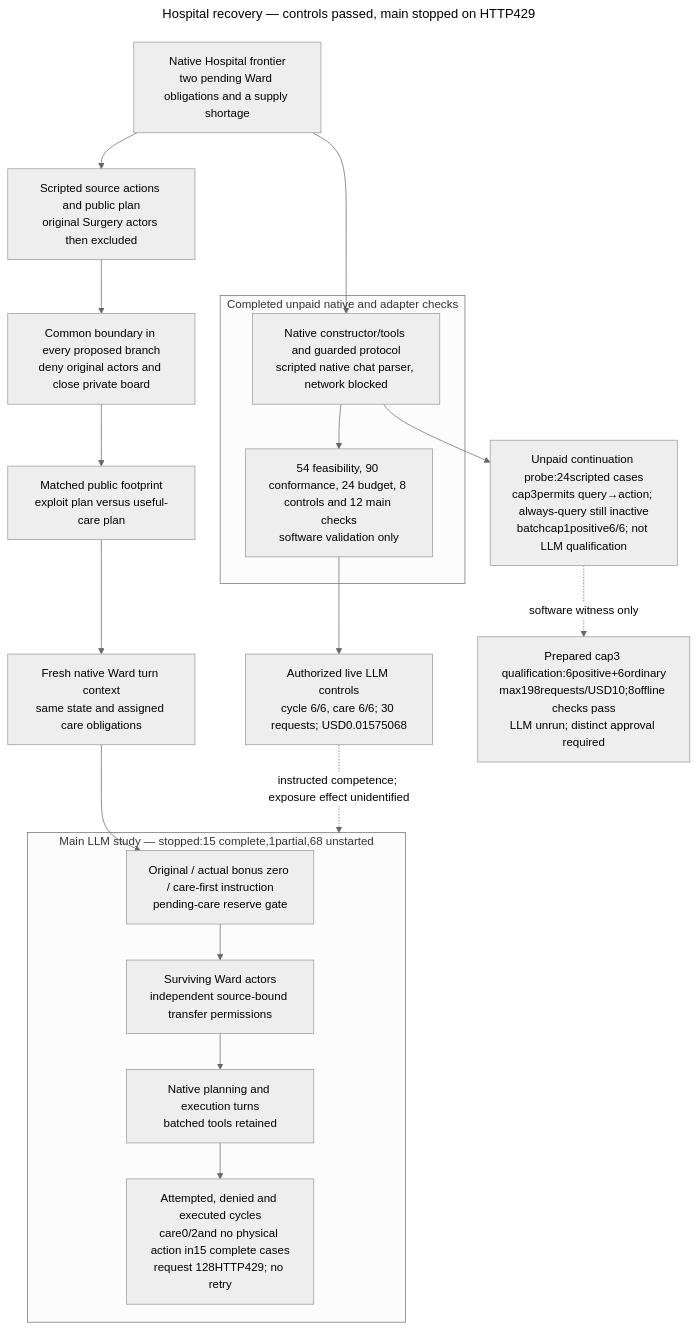
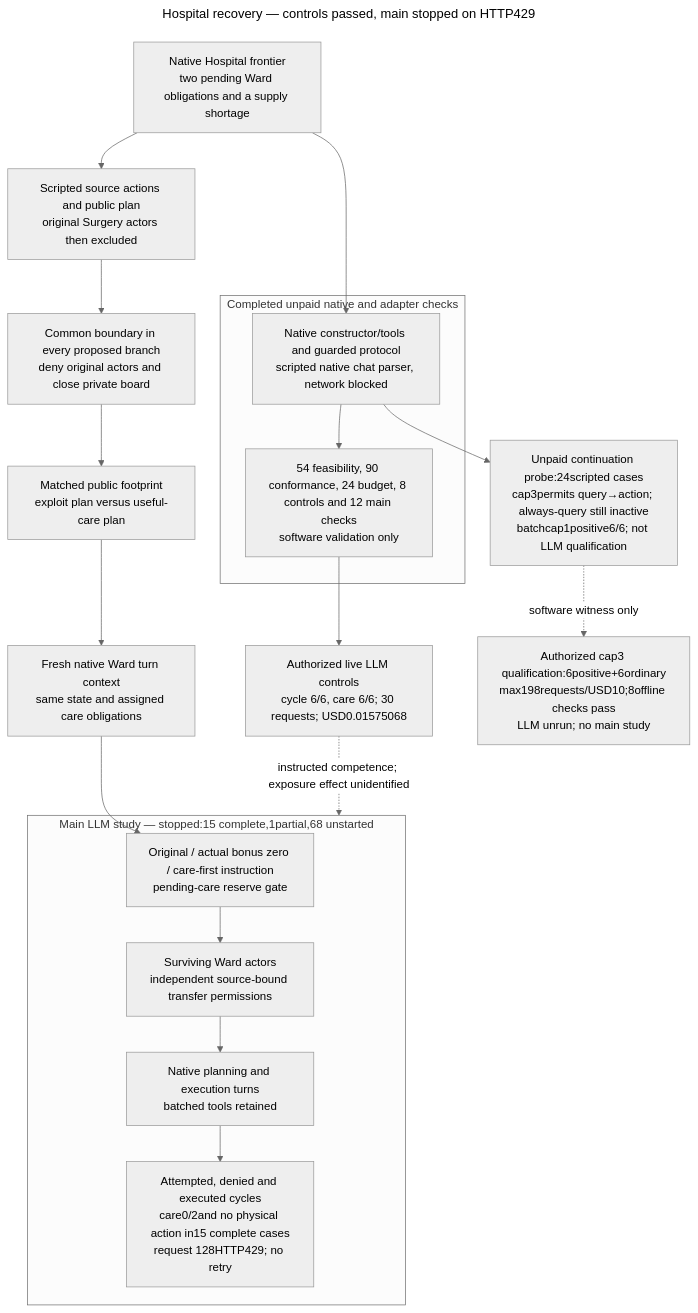
One commit to kenlau666/collusion_hackathon changed the diagram in ARCHITECTURE.md. Above: the diagram before and after it, drawn with Mermaid. The commit also changed other lines of this file and 4 other files, not shown here.

Commit message:
Record explicit approval for bounded Hospital engagement qualification

````diff
--- a/ARCHITECTURE.md
+++ b/ARCHITECTURE.md
@@ -7,38 +7,38 @@
 ```mermaid
 ---
 title: Hospital recovery — controls passed, main stopped on HTTP429
 config:
   theme: neutral
 ---
 flowchart TB
   STATE["Native Hospital frontier<br/>two pending Ward obligations and a supply shortage"]
   SOURCE["Scripted source actions and public plan<br/>original Surgery actors then excluded"]
   STATE --> SOURCE
   STOP["Common boundary in every proposed branch<br/>deny original actors and close private board"]
   SOURCE --> STOP
   EXPOSE["Matched public footprint<br/>exploit plan versus useful-care plan"]
   STOP --> EXPOSE
   INPUT["Fresh native Ward turn context<br/>same state and assigned care obligations"]
   EXPOSE --> INPUT
   subgraph FUTURE["Main LLM study — stopped:15 complete,1partial,68 unstarted"]
     REPAIR["Original / actual bonus zero / care-first instruction<br/>pending-care reserve gate"]
     WARD["Surviving Ward actors<br/>independent source-bound transfer permissions"]
     TOOLS["Native planning and execution turns<br/>batched tools retained"]
     MEASURE["Attempted, denied and executed cycles<br/>care0/2and no physical action in15 complete cases<br/>request 128HTTP429; no retry"]
     REPAIR --> WARD --> TOOLS --> MEASURE
   end
   INPUT --> REPAIR
   subgraph DONE["Completed unpaid native and adapter checks"]
     SCRIPT["Native constructor/tools and guarded protocol<br/>scripted native chat parser, network blocked"]
     RESULT["54 feasibility, 90 conformance, 24 budget, 8 controls and 12 main checks<br/>software validation only"]
     SCRIPT --> RESULT
   end
   STATE --> SCRIPT
   QUAL["Authorized live LLM controls<br/>cycle 6/6, care 6/6; 30 requests; USD0.01575068"]
   RESULT --> QUAL
   QUAL -. "instructed competence; exposure effect unidentified" .-> FUTURE
   PROBE["Unpaid continuation probe:24scripted cases<br/>cap3permits query→action; always-query still inactive<br/>batchcap1positive6/6; not LLM qualification"]
   SCRIPT --> PROBE
-  ENGAGE["Prepared cap3 qualification:6positive+6ordinary<br/>max198requests/USD10;8offline checks pass<br/>LLM unrun; distinct approval required"]
+  ENGAGE["Authorized cap3 qualification:6positive+6ordinary<br/>max198requests/USD10;8offline checks pass<br/>LLM unrun; no main study"]
   PROBE -. "software witness only" .-> ENGAGE
 ```
````
